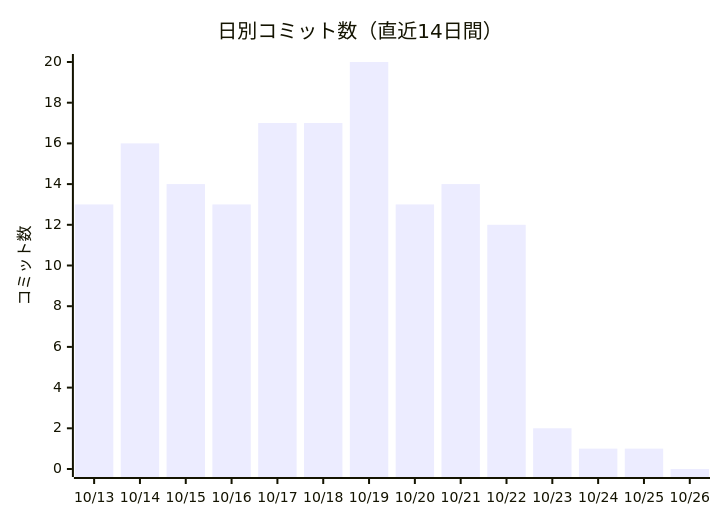
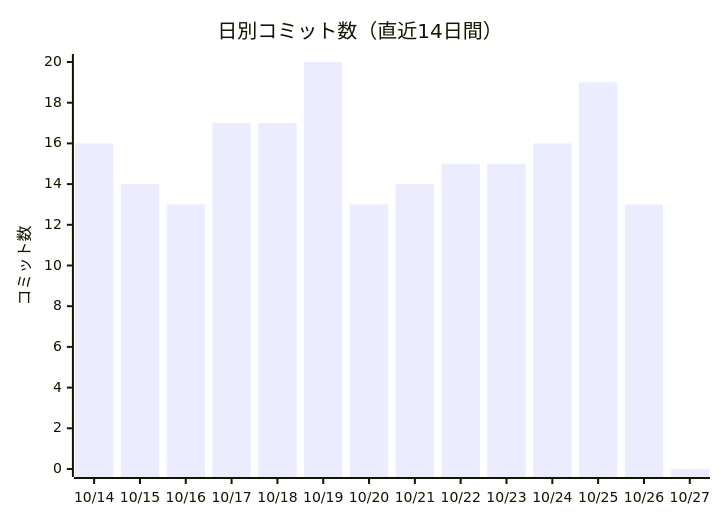
Before and after one commit to non-x2/non-x2: the first of 2 diagrams in docs/進化レポート.md, drawn with Mermaid. The commit also changed other lines of this file and 2 other files, not shown here.

````diff
--- a/docs/進化レポート.md
+++ b/docs/進化レポート.md
@@ -23,7 +23,7 @@
 ```mermaid
 xychart-beta
     title "日別コミット数（直近14日間）"
-    x-axis ["10/13", "10/14", "10/15", "10/16", "10/17", "10/18", "10/19", "10/20", "10/21", "10/22", "10/23", "10/24", "10/25", "10/26"]
+    x-axis ["10/14", "10/15", "10/16", "10/17", "10/18", "10/19", "10/20", "10/21", "10/22", "10/23", "10/24", "10/25", "10/26", "10/27"]
     y-axis "コミット数"
-    bar [13, 16, 14, 13, 17, 17, 20, 13, 14, 12, 2, 1, 1, 0]
+    bar [16, 14, 13, 17, 17, 20, 13, 14, 15, 15, 16, 19, 13, 0]
 ```
````
